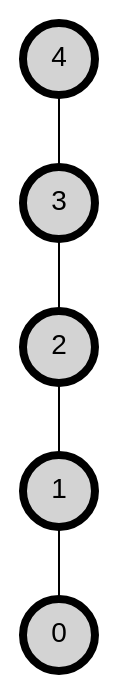
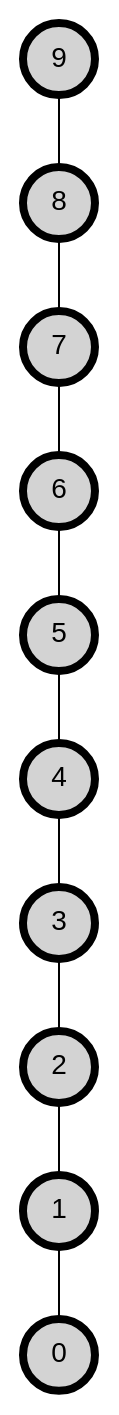
The diagram in dotfiles/connected_graph.dot (ivolvanov/vertex-cover), drawn with Graphviz before and after one commit. The commit also changed 11 other files, not shown here.

```diff
--- a/dotfiles/connected_graph.dot
+++ b/dotfiles/connected_graph.dot
@@ -1,13 +1,23 @@
 graph my_graph {
 node [ fontname = Arial, style="filled,setlinewidth(4)", shape=circle ]
 node0 [ label = "0" ]
 node1 [ label = "1" ]
 node2 [ label = "2" ]
 node3 [ label = "3" ]
 node4 [ label = "4" ]
+node5 [ label = "5" ]
+node6 [ label = "6" ]
+node7 [ label = "7" ]
+node8 [ label = "8" ]
+node9 [ label = "9" ]
 
 node1 -- node0
 node2 -- node1
 node3 -- node2
 node4 -- node3
+node5 -- node4
+node6 -- node5
+node7 -- node6
+node8 -- node7
+node9 -- node8
 }
```
